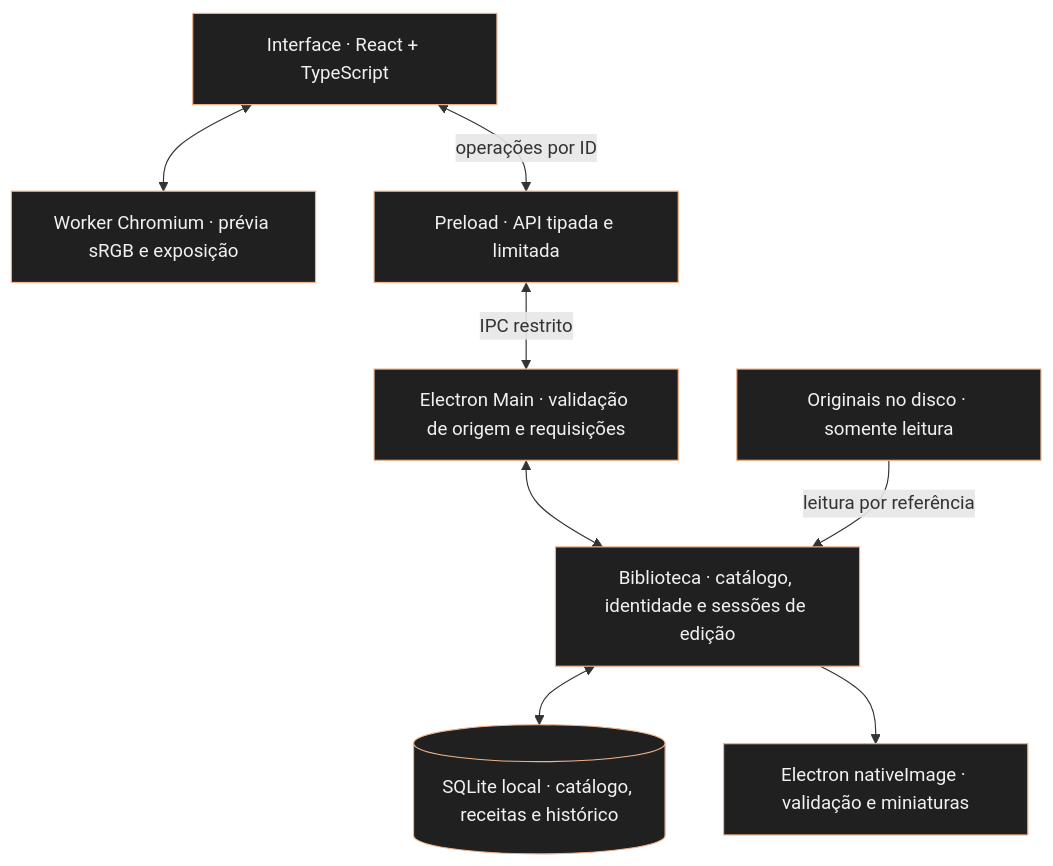
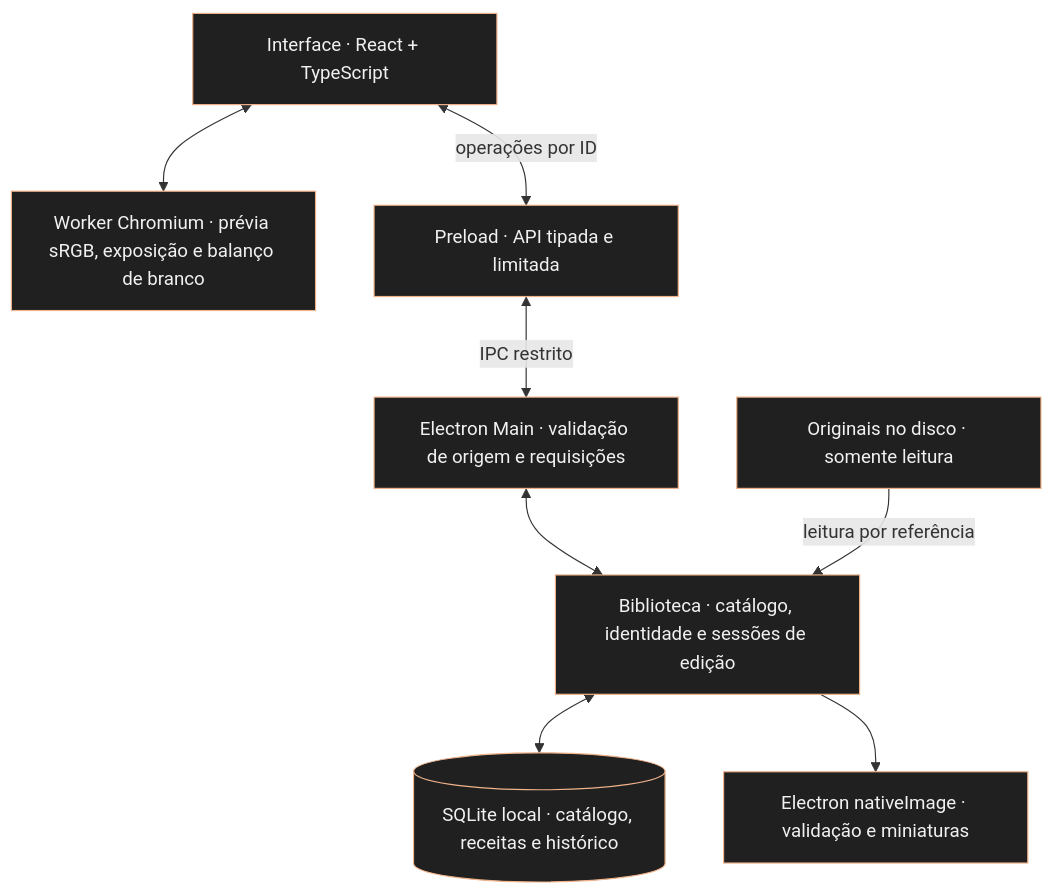
One commit to glaucia86/revelumo changed the diagram in README.pt-BR.md. Above: the diagram before and after it, drawn with Mermaid. The commit also changed other lines of this file and 21 other files, not shown here.

````diff
--- a/README.pt-BR.md
+++ b/README.pt-BR.md
@@ -209,22 +228,22 @@
 ```mermaid
 flowchart TB
     UI["Interface · React + TypeScript"]
-    EDIT["Worker Chromium · prévia sRGB e exposição"]
+    EDIT["Worker Chromium · prévia sRGB, exposição e balanço de branco"]
     PRE["Preload · API tipada e limitada"]
     MAIN["Electron Main · validação de origem e requisições"]
     LIB["Biblioteca · catálogo, identidade e sessões de edição"]
     DB[("SQLite local · catálogo, receitas e histórico")]
     DEC["Electron nativeImage · validação e miniaturas"]
     FILES["Originais no disco · somente leitura"]
 
     UI <--> EDIT
     UI <-->|"operações por ID"| PRE
     PRE <-->|"IPC restrito"| MAIN
     MAIN <--> LIB
     LIB <--> DB
     LIB --> DEC
     FILES -->|"leitura por referência"| LIB
 
     classDef local fill:#202020,stroke:#efb28a,color:#f1f1f1;
     class UI,EDIT,PRE,MAIN,LIB,DB,DEC,FILES local;
 ```
````
